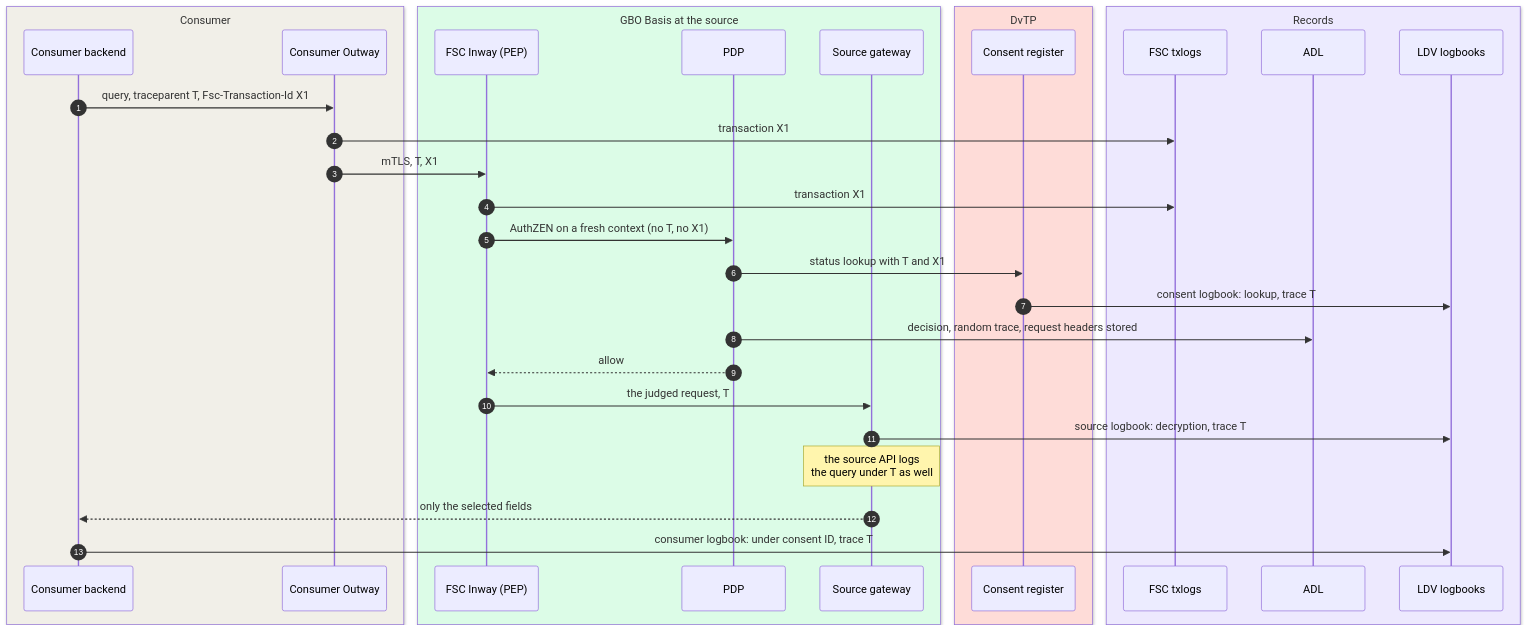
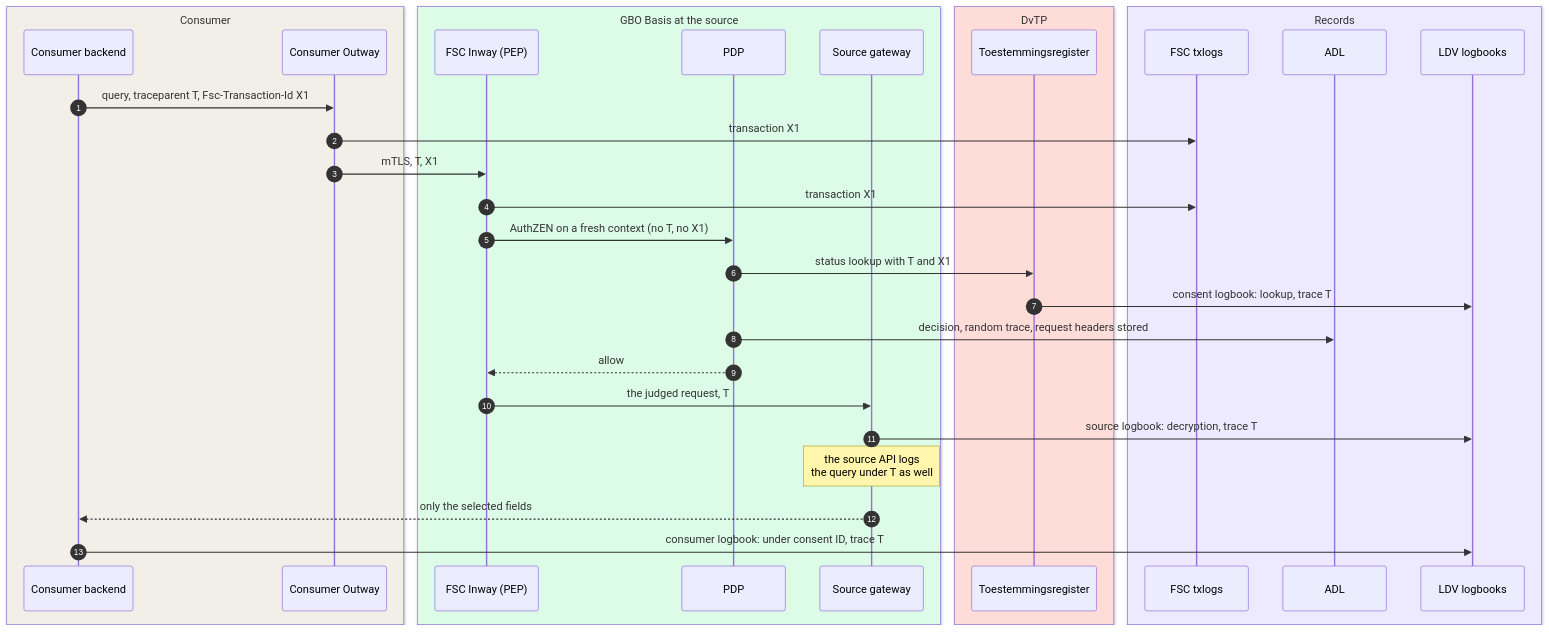
Before and after one commit to ICTU/GBO-TO: the second of 3 diagrams in docs/building-blocks/gbo-basis/records.md, drawn with Mermaid. The commit also changed other lines of this file and 72 other files, not shown here.

````diff
--- a/docs/building-blocks/gbo-basis/records.md
+++ b/docs/building-blocks/gbo-basis/records.md
@@ -93,35 +93,35 @@
 ```mermaid
 sequenceDiagram
   autonumber
   box rgb(241,239,232) Consumer
     participant C as Consumer backend
     participant OW as Consumer Outway
   end
   box rgb(220,252,231) GBO Basis at the source
     participant IN as FSC Inway (PEP)
     participant PDP as PDP
     participant GW as Source gateway
   end
   box rgb(254,220,216) DvTP
-    participant CR as Consent register
+    participant CR as Toestemmingsregister
   end
   box rgb(237,233,254) Records
     participant TX as FSC txlogs
     participant ADL as ADL
     participant LDV as LDV logbooks
   end
   C->>OW: query, traceparent T, Fsc-Transaction-Id X1
   OW->>TX: transaction X1
   OW->>IN: mTLS, T, X1
   IN->>TX: transaction X1
   IN->>PDP: AuthZEN on a fresh context (no T, no X1)
   PDP->>CR: status lookup with T and X1
   CR->>LDV: consent logbook: lookup, trace T
   PDP->>ADL: decision, random trace, request headers stored
   PDP-->>IN: allow
   IN->>GW: the judged request, T
   GW->>LDV: source logbook: decryption, trace T
   Note over GW: the source API logs<br/>the query under T as well
   GW-->>C: only the selected fields
   C->>LDV: consumer logbook: under consent ID, trace T
 ```
````
